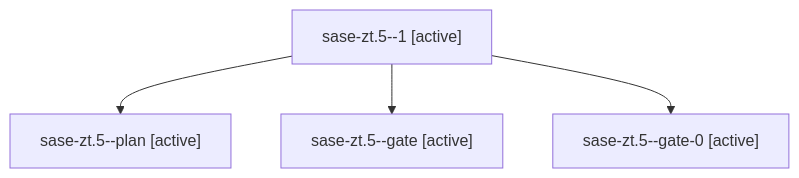
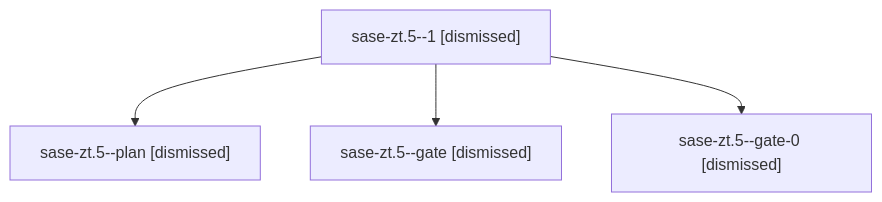
One commit to sase-org/sase--agents changed the diagram in sessions/bbugyi200.athena.sase-zt.5.md. Above: the diagram before and after it, drawn with Mermaid. The commit also changed other lines of this file and 209 other files, not shown here.

````diff
--- a/sessions/bbugyi200.athena.sase-zt.5.md
+++ b/sessions/bbugyi200.athena.sase-zt.5.md
@@ -9,10 +9,10 @@
 ```mermaid
 flowchart TD
-  n0["sase-zt.5--1 [active]"]
-  n1["sase-zt.5--plan [active]"]
+  n0["sase-zt.5--1 [dismissed]"]
+  n1["sase-zt.5--plan [dismissed]"]
   n0 --> n1
-  n2["sase-zt.5--gate [active]"]
+  n2["sase-zt.5--gate [dismissed]"]
   n0 --> n2
-  n3["sase-zt.5--gate-0 [active]"]
+  n3["sase-zt.5--gate-0 [dismissed]"]
   n0 --> n3
 ```
````
